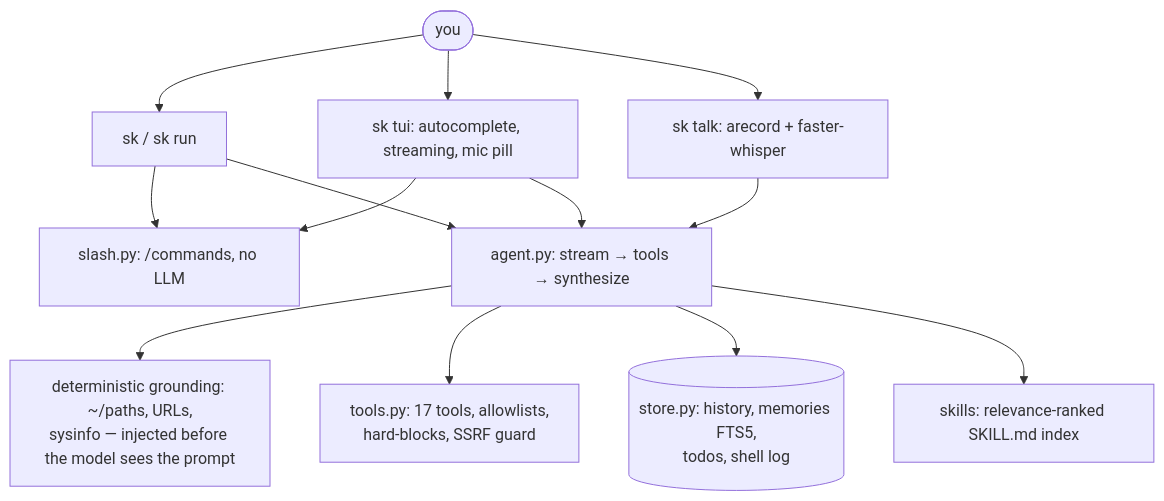
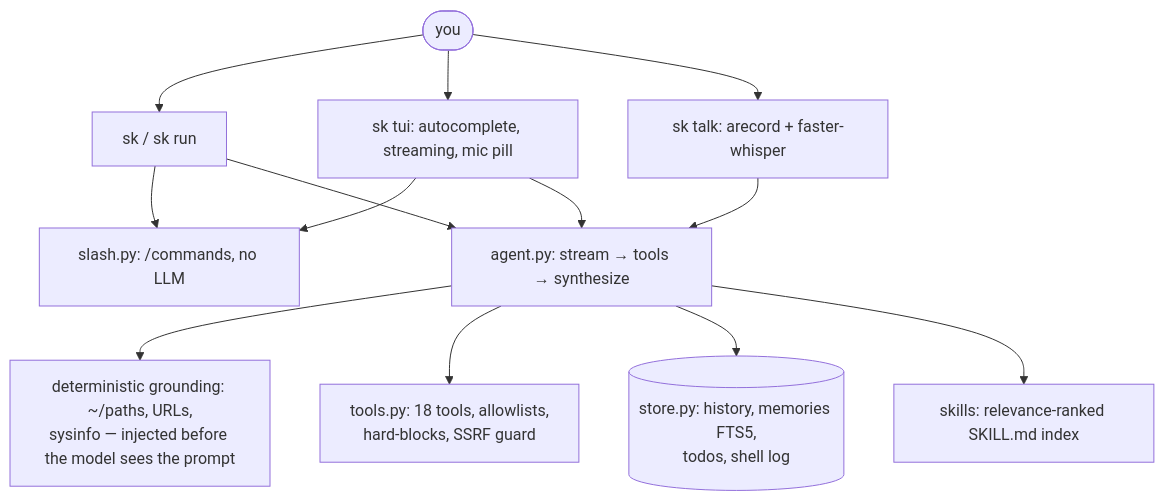
The diagram in README.md (Faisal-Fayaz/sidekick), drawn with Mermaid before and after one commit. The commit also changed other lines of this file and 2 other files, not shown here.

````diff
--- a/README.md
+++ b/README.md
@@ -185,15 +185,15 @@
 ```mermaid
 flowchart TB
     U([you]) --> CLI[sk / sk run]
     U --> TUI[sk tui: autocomplete, streaming, mic pill]
     U --> VOICE[sk talk: arecord + faster-whisper]
     CLI --> SLASH[slash.py: /commands, no LLM]
     TUI --> SLASH
     VOICE --> AGENT
     CLI --> AGENT[agent.py: stream → tools → synthesize]
     TUI --> AGENT
     AGENT --> GROUND[deterministic grounding: ~/paths, URLs,\nsysinfo — injected before the model sees the prompt]
-    AGENT --> TOOLS[tools.py: 17 tools, allowlists,\nhard-blocks, SSRF guard]
+    AGENT --> TOOLS[tools.py: 18 tools, allowlists,\nhard-blocks, SSRF guard]
     AGENT --> MEM[(store.py: history, memories FTS5,\ntodos, shell log)]
     AGENT --> SKILLS[skills: relevance-ranked SKILL.md index]
 ```
````
